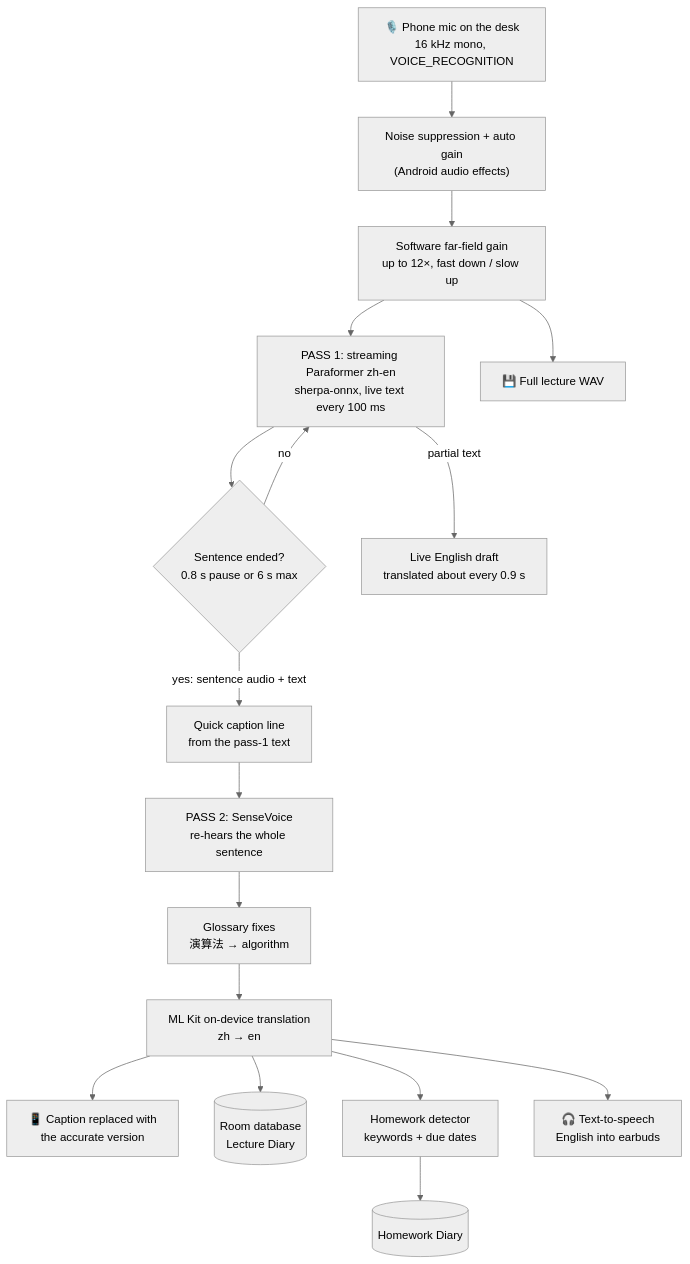
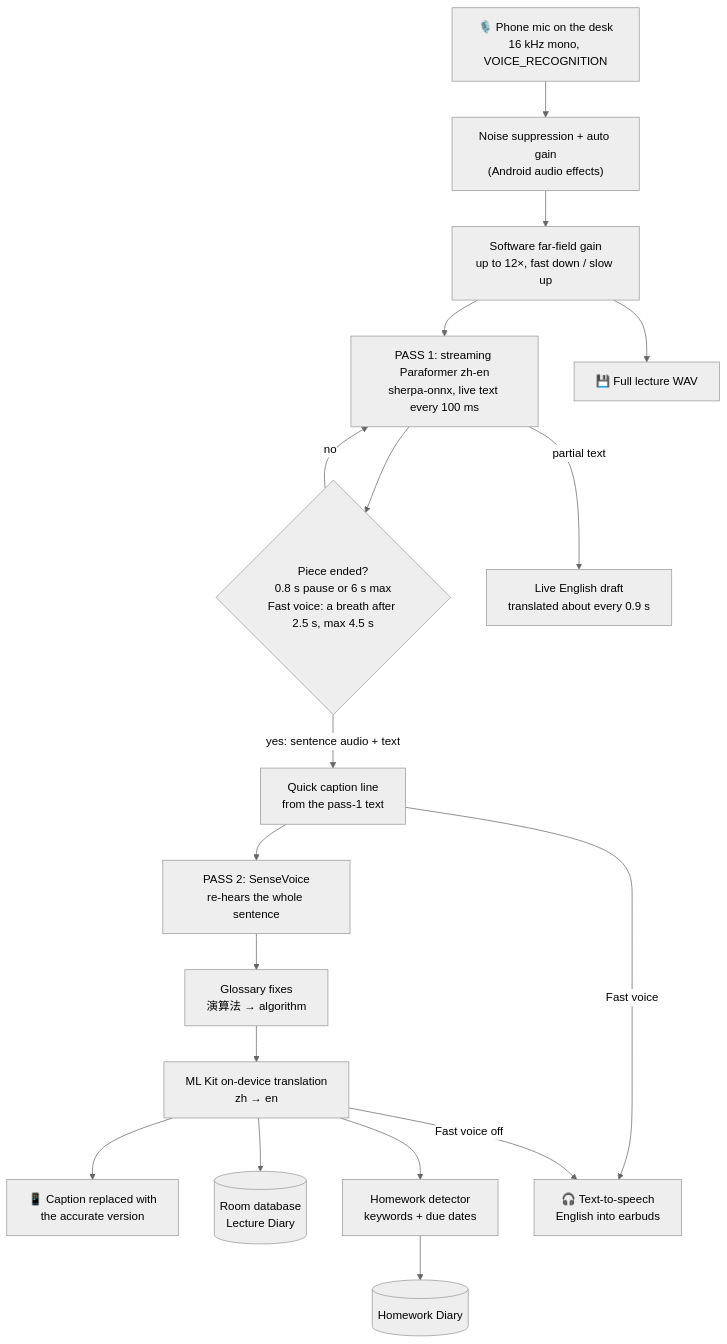
The first of 4 diagrams in README.md (NANDINI502/HANOVA), drawn with Mermaid (neutral theme) before and after one commit.

Commit message:
README: pipeline diagram shows Fast voice path

````diff
--- a/README.md
+++ b/README.md
@@ -68,30 +68,31 @@
 ```mermaid
 flowchart TD
     MIC["🎙️ Phone mic on the desk<br/>16 kHz mono, VOICE_RECOGNITION"]
     DSP["Noise suppression + auto gain<br/>(Android audio effects)"]
     GAIN["Software far-field gain<br/>up to 12×, fast down / slow up"]
     P1["PASS 1: streaming Paraformer zh-en<br/>sherpa-onnx, live text every 100 ms"]
-    EP{"Sentence ended?<br/>0.8 s pause or 6 s max"}
+    EP{"Piece ended?<br/>0.8 s pause or 6 s max<br/>Fast voice: a breath after 2.5 s, max 4.5 s"}
     LIVE["Live English draft<br/>translated about every 0.9 s"]
     QUICK["Quick caption line<br/>from the pass-1 text"]
     P2["PASS 2: SenseVoice<br/>re-hears the whole sentence"]
     GLOS["Glossary fixes<br/>演算法 → algorithm"]
     MT["ML Kit on-device translation<br/>zh → en"]
     UI["📱 Caption replaced with<br/>the accurate version"]
     DB[("Room database<br/>Lecture Diary")]
     HW["Homework detector<br/>keywords + due dates"]
     HWDB[("Homework Diary")]
     TTS["🎧 Text-to-speech<br/>English into earbuds"]
     WAV["💾 Full lecture WAV"]
 
     MIC --> DSP --> GAIN --> P1
     GAIN --> WAV
     P1 -->|partial text| LIVE
     P1 --> EP
     EP -->|no| P1
     EP -->|yes: sentence audio + text| QUICK
+    QUICK -->|Fast voice| TTS
     QUICK --> P2 --> GLOS --> MT --> UI
     MT --> DB
     MT --> HW --> HWDB
-    MT --> TTS
+    MT -->|Fast voice off| TTS
 ```
````
